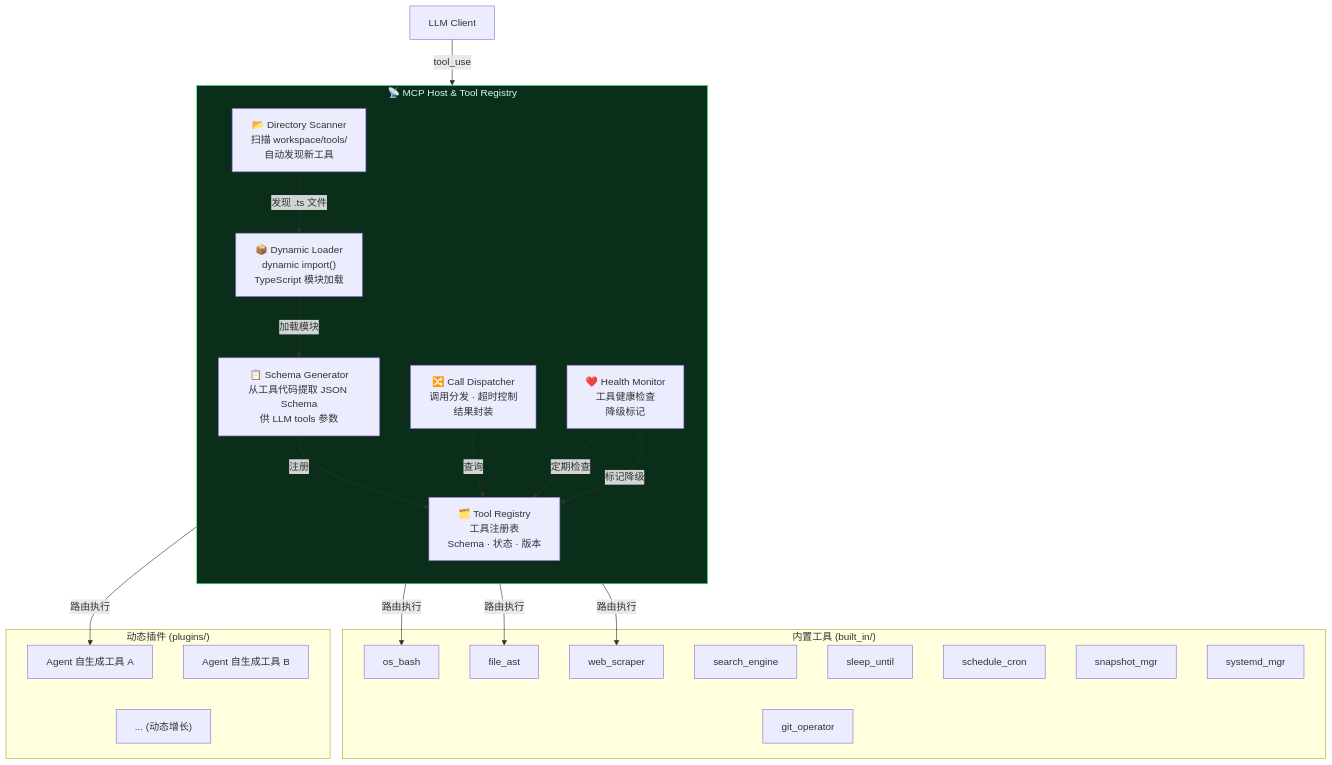
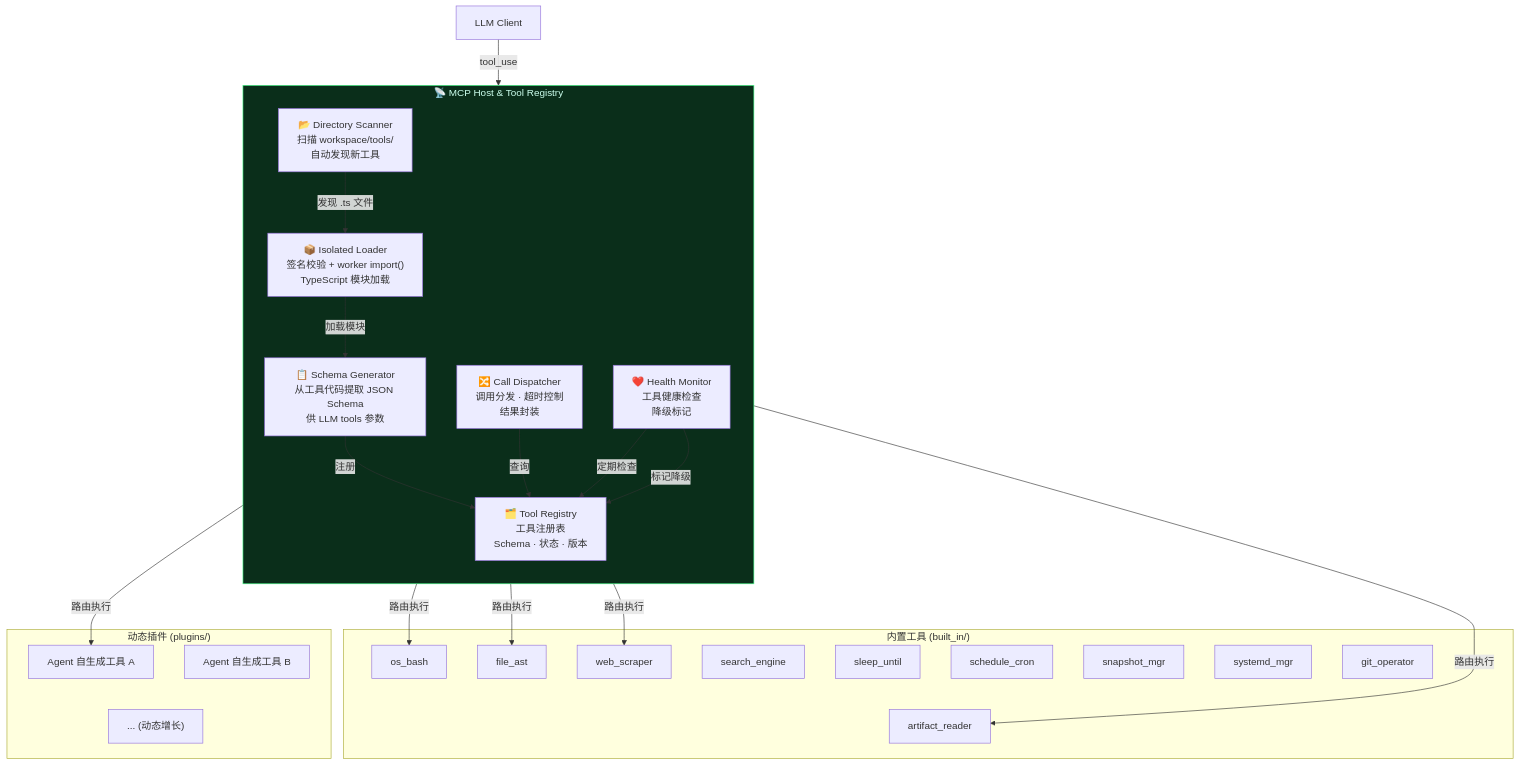
One commit to Yidhar/Embla_System changed the first of 17 diagrams in doc/12-limbs-layer-modules.md. Above: the diagram before and after it, drawn with Mermaid. The commit also changed other lines of this file and 13 other files, not shown here.

Commit message:
docs: refresh architecture specs and security blindspot baseline

````diff
--- a/doc/12-limbs-layer-modules.md
+++ b/doc/12-limbs-layer-modules.md
@@ -36,45 +36,46 @@
 ```mermaid
 flowchart TB
     subgraph MCPHost["📡 MCP Host & Tool Registry"]
         direction TB
         REGISTRY["🗂️ Tool Registry<br/>工具注册表<br/>Schema · 状态 · 版本"]
         SCANNER["📂 Directory Scanner<br/>扫描 workspace/tools/<br/>自动发现新工具"]
-        LOADER["📦 Dynamic Loader<br/>dynamic import()<br/>TypeScript 模块加载"]
+        LOADER["📦 Isolated Loader<br/>签名校验 + worker import()<br/>TypeScript 模块加载"]
         HEALTH["❤️ Health Monitor<br/>工具健康检查<br/>降级标记"]
         DISPATCHER["🔀 Call Dispatcher<br/>调用分发 · 超时控制<br/>结果封装"]
         SCHEMA_GEN["📋 Schema Generator<br/>从工具代码提取 JSON Schema<br/>供 LLM tools 参数"]
     end
 
     subgraph BuiltIn["内置工具 (built_in/)"]
         T_BASH["os_bash"]
+        T_ART["artifact_reader"]
         T_AST["file_ast"]
         T_WEB["web_scraper"]
         T_SEARCH["search_engine"]
         T_SLEEP["sleep_until"]
         T_CRON["schedule_cron"]
         T_SNAP["snapshot_mgr"]
         T_SYS["systemd_mgr"]
         T_GIT["git_operator"]
     end
 
     subgraph Plugins["动态插件 (plugins/)"]
         P1["Agent 自生成工具 A"]
         P2["Agent 自生成工具 B"]
         P_NEW["... (动态增长)"]
     end
 
     SCANNER -->|"发现 .ts 文件"| LOADER
     LOADER -->|"加载模块"| SCHEMA_GEN
     SCHEMA_GEN -->|"注册"| REGISTRY
     LLM["LLM Client"] -->|"tool_use"| DISPATCHER
     DISPATCHER -->|"查询"| REGISTRY
-    DISPATCHER -->|"路由执行"| T_BASH & T_AST & T_WEB & P1
+    DISPATCHER -->|"路由执行"| T_BASH & T_ART & T_AST & T_WEB & P1
 
     HEALTH -->|"定期检查"| REGISTRY
     HEALTH -->|"标记降级"| REGISTRY
 
     T_BASH & T_AST & T_WEB & T_SEARCH & T_SLEEP & T_CRON & T_SNAP & T_SYS & T_GIT --- BuiltIn
     P1 & P2 & P_NEW --- Plugins
 
     style MCPHost fill:#0a2e1a,stroke:#44ff88,color:#ccffee
 ```
````
